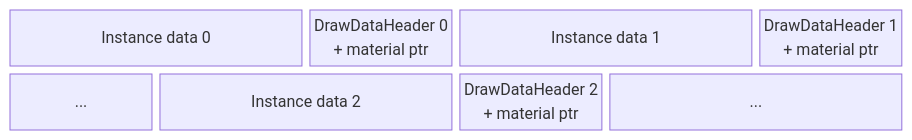
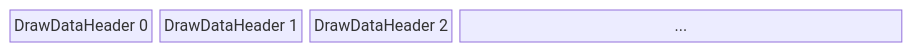
One commit to ljaaskela/velk-platform changed the second of 5 diagrams in docs/render/render-backend.md. Above: the diagram before and after it, drawn with Mermaid. The commit also changed other lines of this file and 2 other files, not shown here.

````diff
--- a/docs/render/render-backend.md
+++ b/docs/render/render-backend.md
@@ -197,6 +197,5 @@
 ```mermaid
 block-beta
     columns 6
-    A["Instance data 0"]:2 B["DrawDataHeader 0<br/>+ material ptr"]:1 C["Instance data 1"]:2 D["DrawDataHeader 1<br/>+ material ptr"]:1
-    E["..."]:1 F["Instance data 2"]:2 G["DrawDataHeader 2<br/>+ material ptr"]:1 H["..."]:2
+    A["DrawDataHeader 0"]:1 B["DrawDataHeader 1"]:1 C["DrawDataHeader 2"]:1 D["..."]:3
 ```
````
